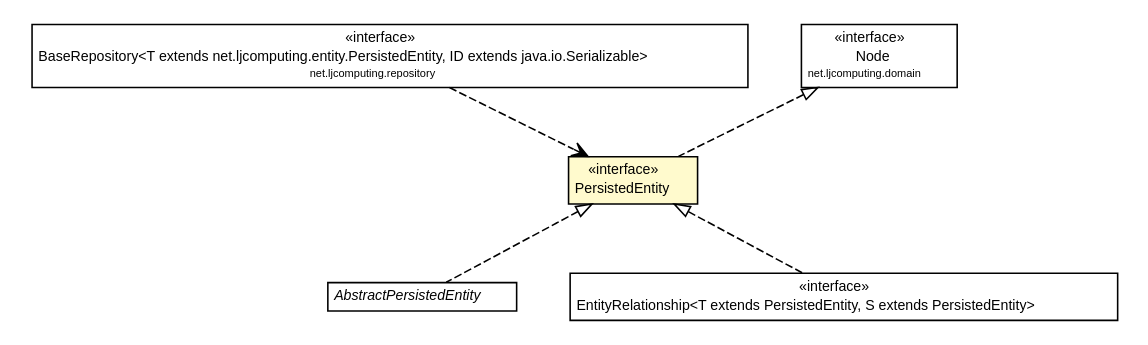
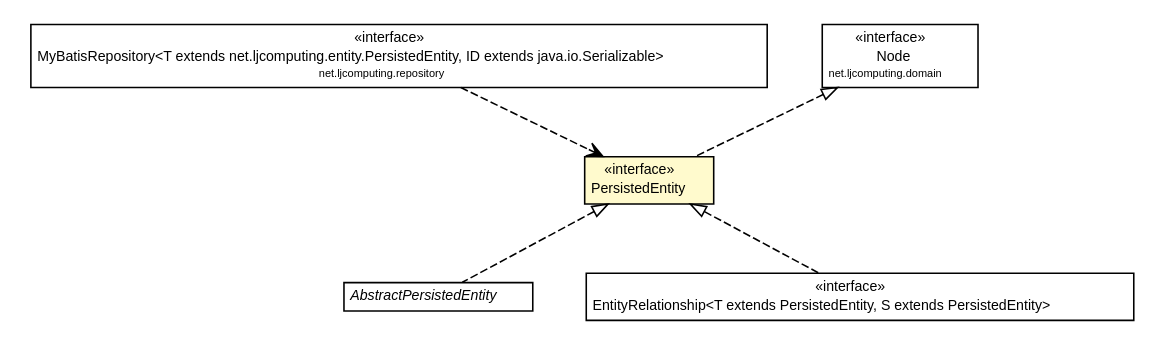
One commit to willmorejg/net.ljcomputing.entity changed the diagram in docs/javadoc/apidocs/net/ljcomputing/entity/PersistedEntity.dot. Above: the diagram before and after it, drawn with Graphviz. The commit also changed 184 other files, not shown here.

```diff
--- a/docs/javadoc/apidocs/net/ljcomputing/entity/PersistedEntity.dot
+++ b/docs/javadoc/apidocs/net/ljcomputing/entity/PersistedEntity.dot
@@ -1,56 +1,56 @@
 #!/usr/local/bin/dot
 #
 # Class diagram 
 # Generated by UMLGraph version R5_6 (http://www.umlgraph.org/)
 #
 
 digraph G {
 	edge [fontname="Helvetica",fontsize=10,labelfontname="Helvetica",labelfontsize=10];
 	node [fontname="Helvetica",fontsize=10,shape=plaintext];
 	nodesep=0.25;
 	ranksep=0.5;
-	// net.ljcomputing.repository.BaseRepository<T extends net.ljcomputing.entity.PersistedEntity, ID extends java.io.Serializable>
-	c81 [label=<<table title="net.ljcomputing.repository.BaseRepository" border="0" cellborder="1" cellspacing="0" cellpadding="2" port="p" href="../repository/BaseRepository.html">
+	// net.ljcomputing.repository.MyBatisRepository<T extends net.ljcomputing.entity.PersistedEntity, ID extends java.io.Serializable>
+	c124 [label=<<table title="net.ljcomputing.repository.MyBatisRepository" border="0" cellborder="1" cellspacing="0" cellpadding="2" port="p" href="../repository/MyBatisRepository.html">
 		<tr><td><table border="0" cellspacing="0" cellpadding="1">
 <tr><td align="center" balign="center"> &#171;interface&#187; </td></tr>
-<tr><td align="center" balign="center"> BaseRepository&lt;T extends net.ljcomputing.entity.PersistedEntity, ID extends java.io.Serializable&gt; </td></tr>
+<tr><td align="center" balign="center"> MyBatisRepository&lt;T extends net.ljcomputing.entity.PersistedEntity, ID extends java.io.Serializable&gt; </td></tr>
 <tr><td align="center" balign="center"><font point-size="7.0"> net.ljcomputing.repository </font></td></tr>
 		</table></td></tr>
-		</table>>, URL="../repository/BaseRepository.html", fontname="Helvetica", fontcolor="black", fontsize=9.0];
+		</table>>, URL="../repository/MyBatisRepository.html", fontname="Helvetica", fontcolor="black", fontsize=9.0];
 	// net.ljcomputing.entity.AbstractPersistedEntity
-	c82 [label=<<table title="net.ljcomputing.entity.AbstractPersistedEntity" border="0" cellborder="1" cellspacing="0" cellpadding="2" port="p" href="./AbstractPersistedEntity.html">
+	c125 [label=<<table title="net.ljcomputing.entity.AbstractPersistedEntity" border="0" cellborder="1" cellspacing="0" cellpadding="2" port="p" href="./AbstractPersistedEntity.html">
 		<tr><td><table border="0" cellspacing="0" cellpadding="1">
 <tr><td align="center" balign="center"><font face="Helvetica-Oblique"> AbstractPersistedEntity </font></td></tr>
 		</table></td></tr>
 		</table>>, URL="./AbstractPersistedEntity.html", fontname="Helvetica", fontcolor="black", fontsize=9.0];
 	// net.ljcomputing.entity.EntityRelationship<T extends net.ljcomputing.entity.PersistedEntity, S extends net.ljcomputing.entity.PersistedEntity>
-	c83 [label=<<table title="net.ljcomputing.entity.EntityRelationship" border="0" cellborder="1" cellspacing="0" cellpadding="2" port="p" href="./EntityRelationship.html">
+	c126 [label=<<table title="net.ljcomputing.entity.EntityRelationship" border="0" cellborder="1" cellspacing="0" cellpadding="2" port="p" href="./EntityRelationship.html">
 		<tr><td><table border="0" cellspacing="0" cellpadding="1">
 <tr><td align="center" balign="center"> &#171;interface&#187; </td></tr>
 <tr><td align="center" balign="center"> EntityRelationship&lt;T extends PersistedEntity, S extends PersistedEntity&gt; </td></tr>
 		</table></td></tr>
 		</table>>, URL="./EntityRelationship.html", fontname="Helvetica", fontcolor="black", fontsize=9.0];
 	// net.ljcomputing.entity.PersistedEntity
-	c85 [label=<<table title="net.ljcomputing.entity.PersistedEntity" border="0" cellborder="1" cellspacing="0" cellpadding="2" port="p" bgcolor="lemonChiffon" href="./PersistedEntity.html">
+	c128 [label=<<table title="net.ljcomputing.entity.PersistedEntity" border="0" cellborder="1" cellspacing="0" cellpadding="2" port="p" bgcolor="lemonChiffon" href="./PersistedEntity.html">
 		<tr><td><table border="0" cellspacing="0" cellpadding="1">
 <tr><td align="center" balign="center"> &#171;interface&#187; </td></tr>
 <tr><td align="center" balign="center"> PersistedEntity </td></tr>
 		</table></td></tr>
 		</table>>, URL="./PersistedEntity.html", fontname="Helvetica", fontcolor="black", fontsize=9.0];
 	// net.ljcomputing.domain.Node
-	c87 [label=<<table title="net.ljcomputing.domain.Node" border="0" cellborder="1" cellspacing="0" cellpadding="2" port="p" href="../domain/Node.html">
+	c131 [label=<<table title="net.ljcomputing.domain.Node" border="0" cellborder="1" cellspacing="0" cellpadding="2" port="p" href="../domain/Node.html">
 		<tr><td><table border="0" cellspacing="0" cellpadding="1">
 <tr><td align="center" balign="center"> &#171;interface&#187; </td></tr>
 <tr><td align="center" balign="center"> Node </td></tr>
 <tr><td align="center" balign="center"><font point-size="7.0"> net.ljcomputing.domain </font></td></tr>
 		</table></td></tr>
 		</table>>, URL="../domain/Node.html", fontname="Helvetica", fontcolor="black", fontsize=9.0];
 	//net.ljcomputing.entity.AbstractPersistedEntity implements net.ljcomputing.entity.PersistedEntity
-	c85:p -> c82:p [dir=back,arrowtail=empty,style=dashed];
+	c128:p -> c125:p [dir=back,arrowtail=empty,style=dashed];
 	//net.ljcomputing.entity.EntityRelationship<T extends net.ljcomputing.entity.PersistedEntity, S extends net.ljcomputing.entity.PersistedEntity> implements net.ljcomputing.entity.PersistedEntity
-	c85:p -> c83:p [dir=back,arrowtail=empty,style=dashed];
+	c128:p -> c126:p [dir=back,arrowtail=empty,style=dashed];
 	//net.ljcomputing.entity.PersistedEntity implements net.ljcomputing.domain.Node
-	c87:p -> c85:p [dir=back,arrowtail=empty,style=dashed];
-	// net.ljcomputing.repository.BaseRepository<T extends net.ljcomputing.entity.PersistedEntity, ID extends java.io.Serializable> DEPEND net.ljcomputing.entity.PersistedEntity
-	c81:p -> c85:p [taillabel="", label="", headlabel="", fontname="Helvetica", fontcolor="black", fontsize=10.0, color="black", arrowhead=open, style=dashed];
+	c131:p -> c128:p [dir=back,arrowtail=empty,style=dashed];
+	// net.ljcomputing.repository.MyBatisRepository<T extends net.ljcomputing.entity.PersistedEntity, ID extends java.io.Serializable> DEPEND net.ljcomputing.entity.PersistedEntity
+	c124:p -> c128:p [taillabel="", label="", headlabel="", fontname="Helvetica", fontcolor="black", fontsize=10.0, color="black", arrowhead=open, style=dashed];
 }
```
